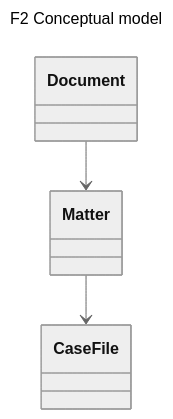
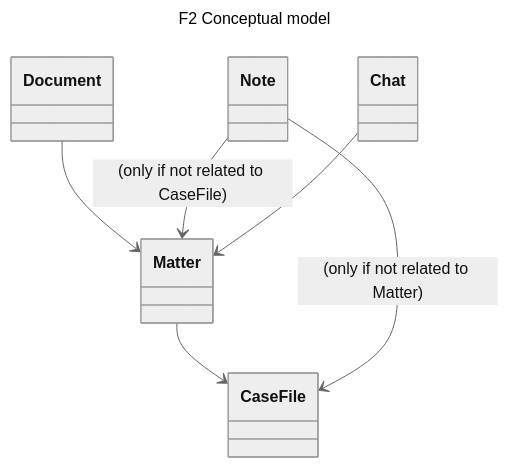
One commit to itk-dev/f2-api-client changed the diagram in README.md. Above: the diagram before and after it, drawn with Mermaid (neutral theme). The commit also changed other lines of this file and 10 other files, not shown here.

````diff
--- a/README.md
+++ b/README.md
@@ -5,17 +49,22 @@
 ``` mermaid
 ---
 title: F2 Conceptual model
 ---
 %% https://mermaid.ai/open-source/syntax/classDiagram.html
 classDiagram
     Document --> Matter
     Matter --> CaseFile
+    Party
+    Note --> CaseFile: (only if not related to Matter)
+    Note --> Matter: (only if not related to CaseFile)
+
+    Chat --> Matter
 
     %% class Item{
     %%     +String title
     %% }
     %%
     %% Item <|-- Document
     %% Item <|-- Matter
     %% Item <|-- CaseFile
 ```
````
